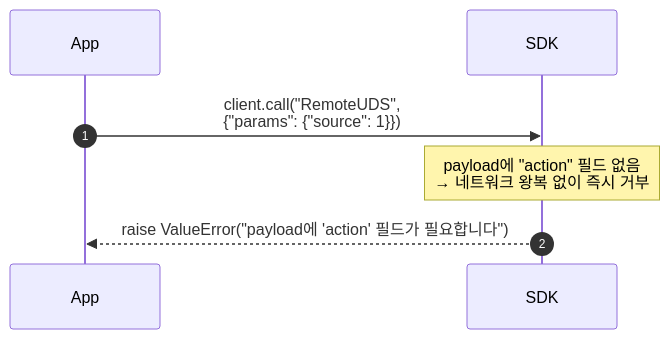
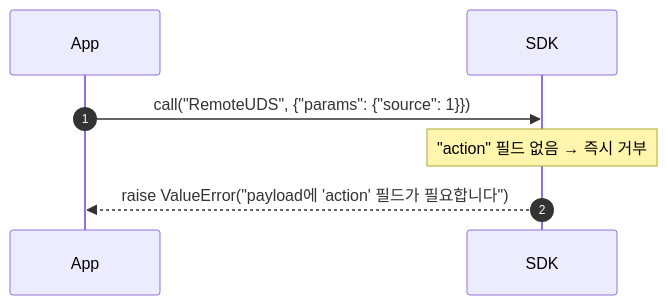
Before and after one commit to DongEunKim/MQTT-WSS-API: the fifth of 11 diagrams in docs/RPC_SEQUENCE_DIAGRAMS.md, drawn with Mermaid. The commit also changed other lines of this file, not shown here.

First line of the commit message:
docs: RPC 시퀀스 다이어그램 가독성 개선 (화살표 레이블 축약, 사양 분리)

````diff
--- a/docs/RPC_SEQUENCE_DIAGRAMS.md
+++ b/docs/RPC_SEQUENCE_DIAGRAMS.md
@@ -263,10 +206,10 @@
 ```mermaid
 sequenceDiagram
     autonumber
     participant App
     participant SDK
 
-    App->>SDK: client.call("RemoteUDS",<br/>{"params": {"source": 1}})
-    Note over SDK: payload에 "action" 필드 없음<br/>→ 네트워크 왕복 없이 즉시 거부
+    App->>SDK: call("RemoteUDS", {"params": {"source": 1}})
+    Note over SDK: "action" 필드 없음 → 즉시 거부
     SDK-->>App: raise ValueError("payload에 'action' 필드가 필요합니다")
 ```
````
